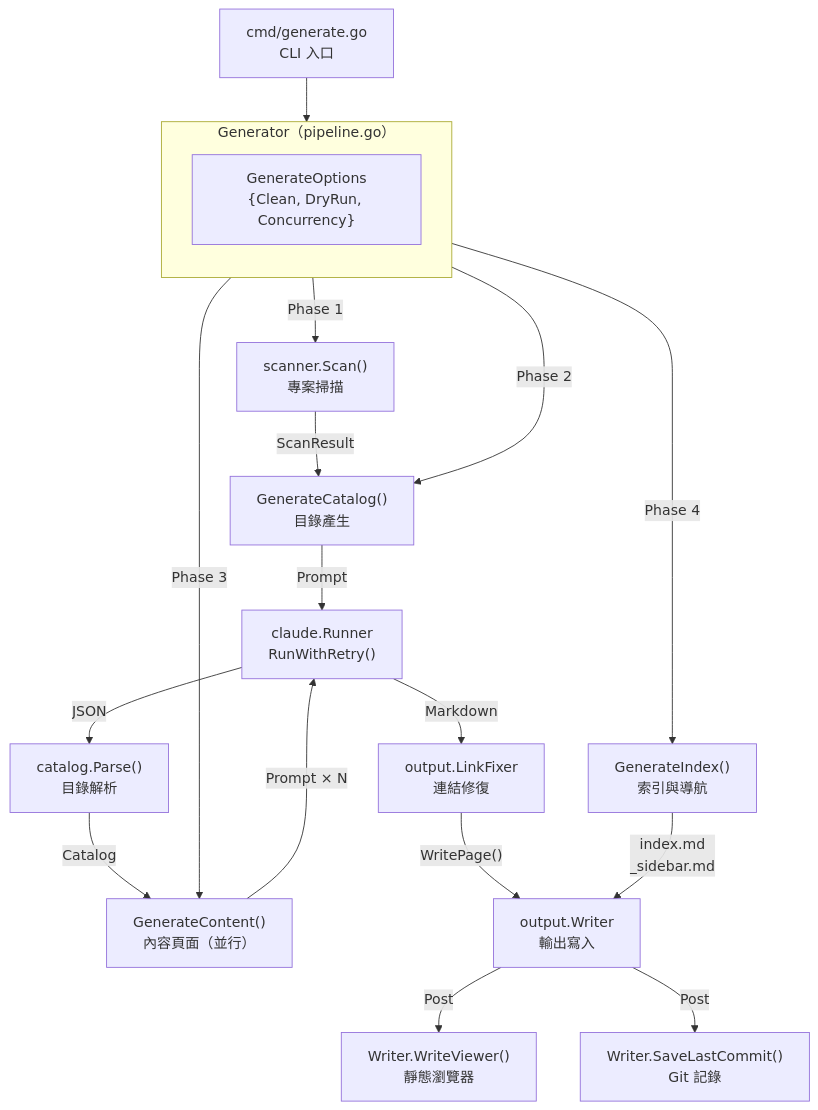
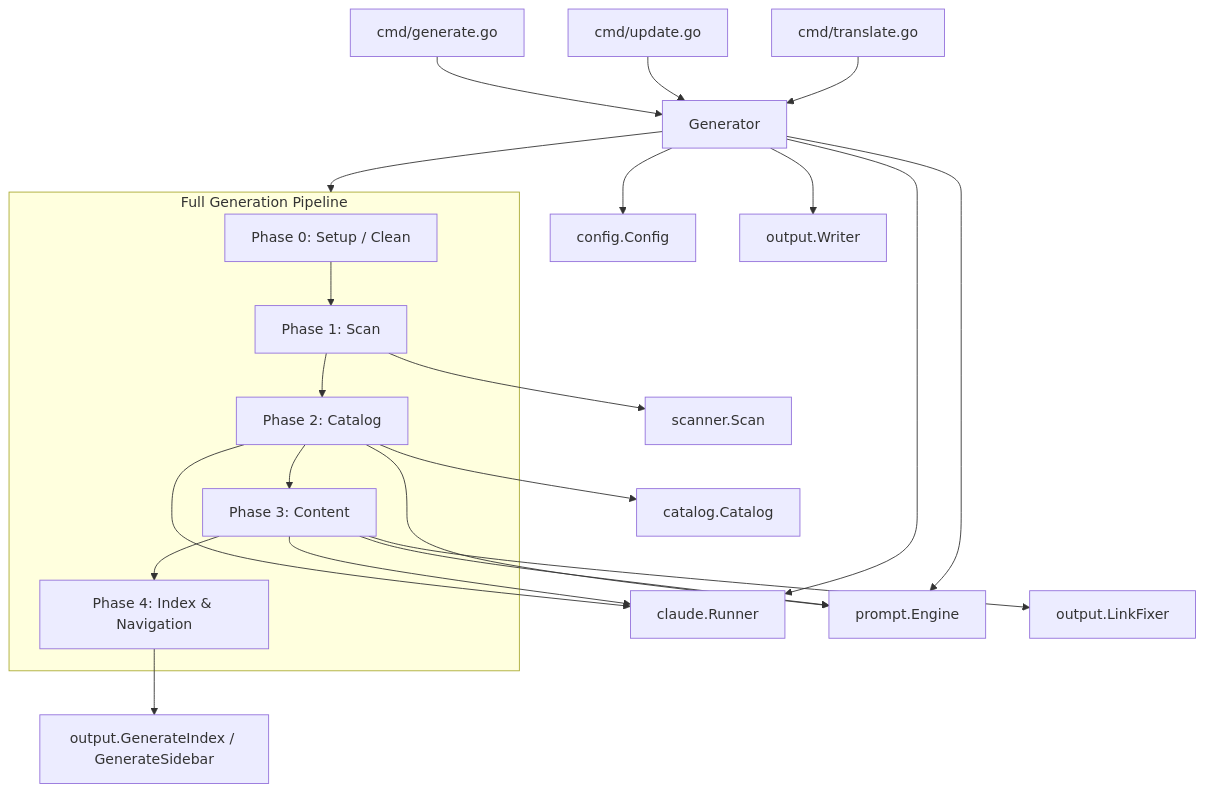
The first of 4 diagrams in docs/architecture/pipeline/index.md (monkenWu/selfmd-claude-code), drawn with Mermaid before and after one commit. The commit also changed other lines of this file and 145 other files, not shown here.

````diff
--- a/docs/architecture/pipeline/index.md
+++ b/docs/architecture/pipeline/index.md
@@ -20,28 +17,31 @@
 ```mermaid
 flowchart TD
-    CLI["cmd/generate.go\nCLI 入口"] --> Gen
+    CMD_GEN["cmd/generate.go"] --> GEN["Generator"]
+    CMD_UPD["cmd/update.go"] --> GEN
+    CMD_TRA["cmd/translate.go"] --> GEN
 
-    subgraph Gen["Generator（pipeline.go）"]
-        direction TB
-        GS["GenerateOptions\n{Clean, DryRun, Concurrency}"]
+    GEN --> CONFIG["config.Config"]
+    GEN --> RUNNER["claude.Runner"]
+    GEN --> ENGINE["prompt.Engine"]
+    GEN --> WRITER["output.Writer"]
+
+    subgraph Pipeline["Full Generation Pipeline"]
+        P0["Phase 0: Setup / Clean"]
+        P1["Phase 1: Scan"]
+        P2["Phase 2: Catalog"]
+        P3["Phase 3: Content"]
+        P4["Phase 4: Index & Navigation"]
+        P0 --> P1 --> P2 --> P3 --> P4
     end
 
-    Gen -->|"Phase 1"| Scanner["scanner.Scan()\n專案掃描"]
-    Scanner -->|"ScanResult"| CatalogPhase
+    GEN --> Pipeline
 
-    Gen -->|"Phase 2"| CatalogPhase["GenerateCatalog()\n目錄產生"]
-    CatalogPhase -->|"Prompt"| Runner["claude.Runner\nRunWithRetry()"]
-    Runner -->|"JSON"| CatalogParse["catalog.Parse()\n目錄解析"]
-    CatalogParse -->|"Catalog"| ContentPhase
-
-    Gen -->|"Phase 3"| ContentPhase["GenerateContent()\n內容頁面（並行）"]
-    ContentPhase -->|"Prompt × N"| Runner
-    Runner -->|"Markdown"| LinkFixer["output.LinkFixer\n連結修復"]
-    LinkFixer -->|"WritePage()"| Writer["output.Writer\n輸出寫入"]
-
-    Gen -->|"Phase 4"| IndexPhase["GenerateIndex()\n索引與導航"]
-    IndexPhase -->|"index.md\n_sidebar.md"| Writer
-
-    Writer -->|"Post"| ViewerGen["Writer.WriteViewer()\n靜態瀏覽器"]
-    Writer -->|"Post"| GitSave["Writer.SaveLastCommit()\nGit 記錄"]
+    P1 --> SCANNER["scanner.Scan"]
+    P2 --> ENGINE
+    P2 --> RUNNER
+    P2 --> CATALOG["catalog.Catalog"]
+    P3 --> ENGINE
+    P3 --> RUNNER
+    P3 --> LINKFIXER["output.LinkFixer"]
+    P4 --> NAV["output.GenerateIndex / GenerateSidebar"]
 ```
````
